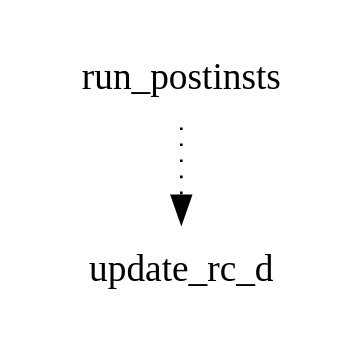
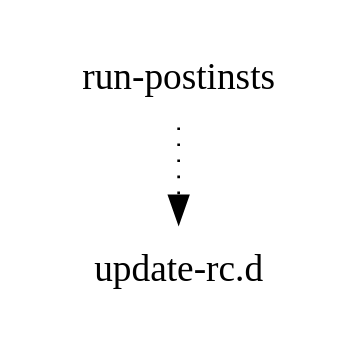
The diagram in images/qemux86/eglibc/initramfs-kexecboot-klibc-image/depends-nokernel-nolibc.dot (shr-distribution/buildhistory-old), drawn with Graphviz before and after one commit. The commit also changed 3 other files, not shown here.

```diff
--- a/images/qemux86/eglibc/initramfs-kexecboot-klibc-image/depends-nokernel-nolibc.dot
+++ b/images/qemux86/eglibc/initramfs-kexecboot-klibc-image/depends-nokernel-nolibc.dot
@@ -1,4 +1,4 @@
 digraph depends {
     node [shape=plaintext]
-run_postinsts -> update_rc_d [style=dotted];
+"run-postinsts" -> "update-rc.d" [style=dotted];
 }
```
